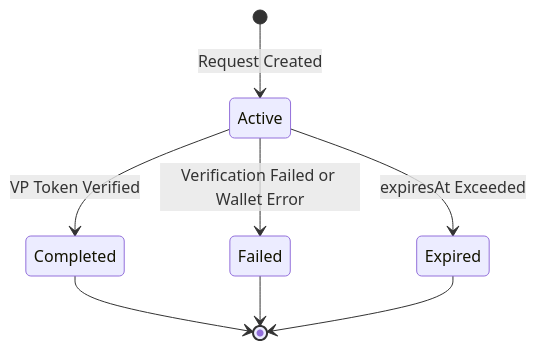
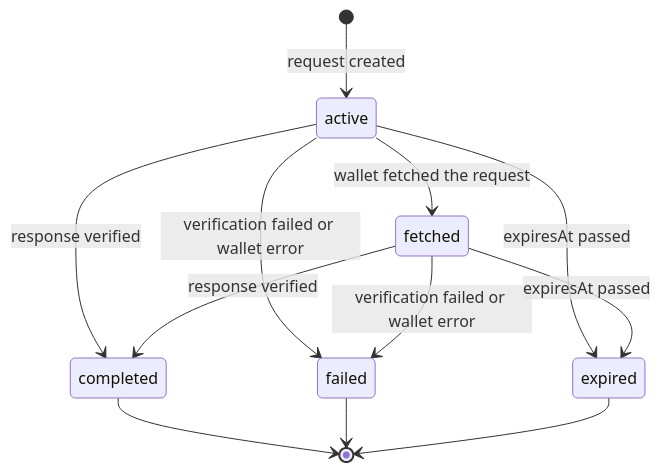
The third of 3 diagrams in apps/docs/docs/concepts/presentation.md (EUDIPLO/eudiplo), drawn with Mermaid before and after one commit. The commit also changed other lines of this file and 8 other files, not shown here.

````diff
--- a/apps/docs/docs/concepts/presentation.md
+++ b/apps/docs/docs/concepts/presentation.md
@@ -509,11 +119,14 @@
 ```mermaid
 stateDiagram-v2
-    [*] --> Active: Request Created
-    Active --> Completed: VP Token Verified
-    Completed --> [*]
-
-    Active --> Expired: expiresAt Exceeded
-    Active --> Failed: Verification Failed or Wallet Error
-    Failed --> [*]
-    Expired --> [*]
+    [*] --> active: request created
+    active --> fetched: wallet fetched the request
+    active --> completed: response verified
+    fetched --> completed: response verified
+    active --> failed: verification failed or wallet error
+    fetched --> failed: verification failed or wallet error
+    active --> expired: expiresAt passed
+    fetched --> expired: expiresAt passed
+    completed --> [*]
+    failed --> [*]
+    expired --> [*]
 ```
````
